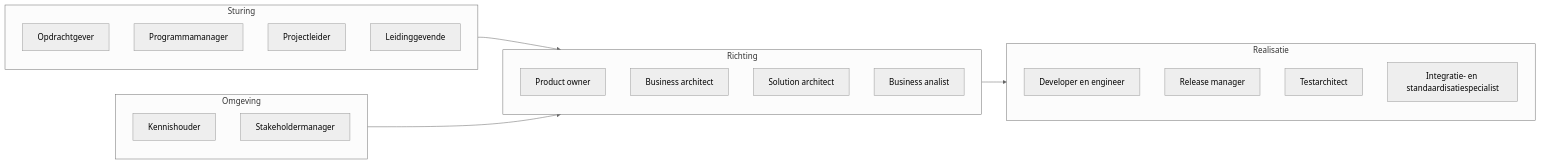
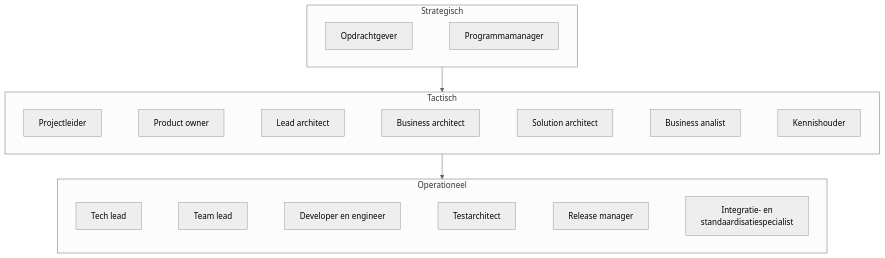
Before and after one commit to Npuls-OKx/meta: the first of 2 diagrams in presentaties/src/260903_rollen.md, drawn with Mermaid (neutral theme). The commit also changed other lines of this file, not shown here.

````diff
--- a/presentaties/src/260903_rollen.md
+++ b/presentaties/src/260903_rollen.md
@@ -42,28 +42,17 @@
 ```mermaid
-flowchart LR
-  subgraph sturing["Sturing"]
-    OG["Opdrachtgever"]
-    PM["Programmamanager"]
-    PL["Projectleider"]
-    LG["Leidinggevende"]
+flowchart TB
+  subgraph S["Strategisch"]
+    direction LR
+    OG["Opdrachtgever"] ~~~ PM["Programmamanager"]
   end
-  subgraph richting["Richting"]
-    PO["Product owner"]
-    BAR["Business architect"]
-    SA["Solution architect"]
-    BA["Business analist"]
+  subgraph T["Tactisch"]
+    direction LR
+    PL["Projectleider"] ~~~ PO["Product owner"] ~~~ LA["Lead architect"] ~~~ BAR["Business architect"] ~~~ SA["Solution architect"] ~~~ BA["Business analist"] ~~~ KH["Kennishouder"]
   end
-  subgraph realisatie["Realisatie"]
-    EN["Developer en engineer"]
-    RM["Release manager"]
-    TA["Testarchitect"]
-    IS["Integratie- en standaardisatiespecialist"]
+  subgraph O["Operationeel"]
+    direction LR
+    TL["Tech lead"] ~~~ TML["Team lead"] ~~~ EN["Developer en engineer"] ~~~ TA["Testarchitect"] ~~~ RM["Release manager"] ~~~ IS["Integratie- en<br/>standaardisatiespecialist"]
   end
-  subgraph omgeving["Omgeving"]
-    KH["Kennishouder"]
-    SM["Stakeholdermanager"]
-  end
-  sturing --> richting
-  richting --> realisatie
-  omgeving --> richting
+  S --> T
+  T --> O
 ```
````
